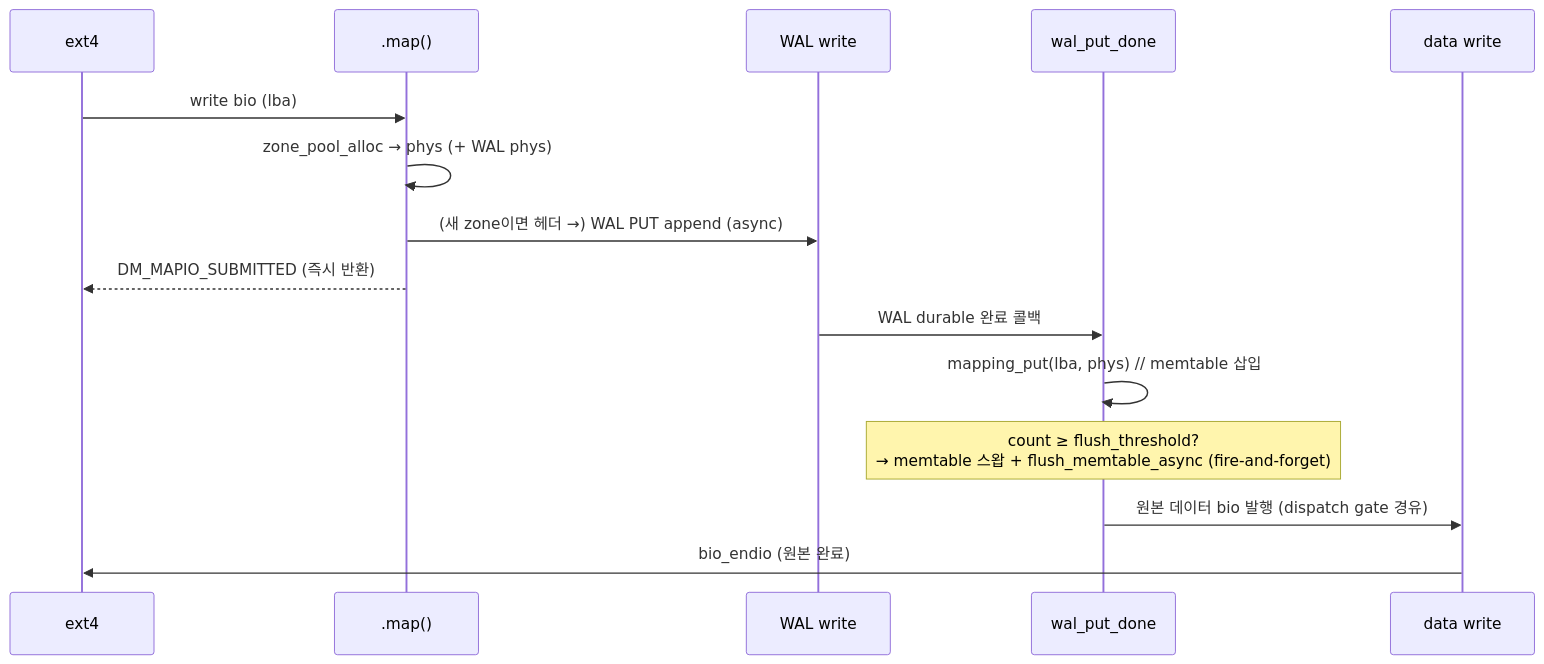
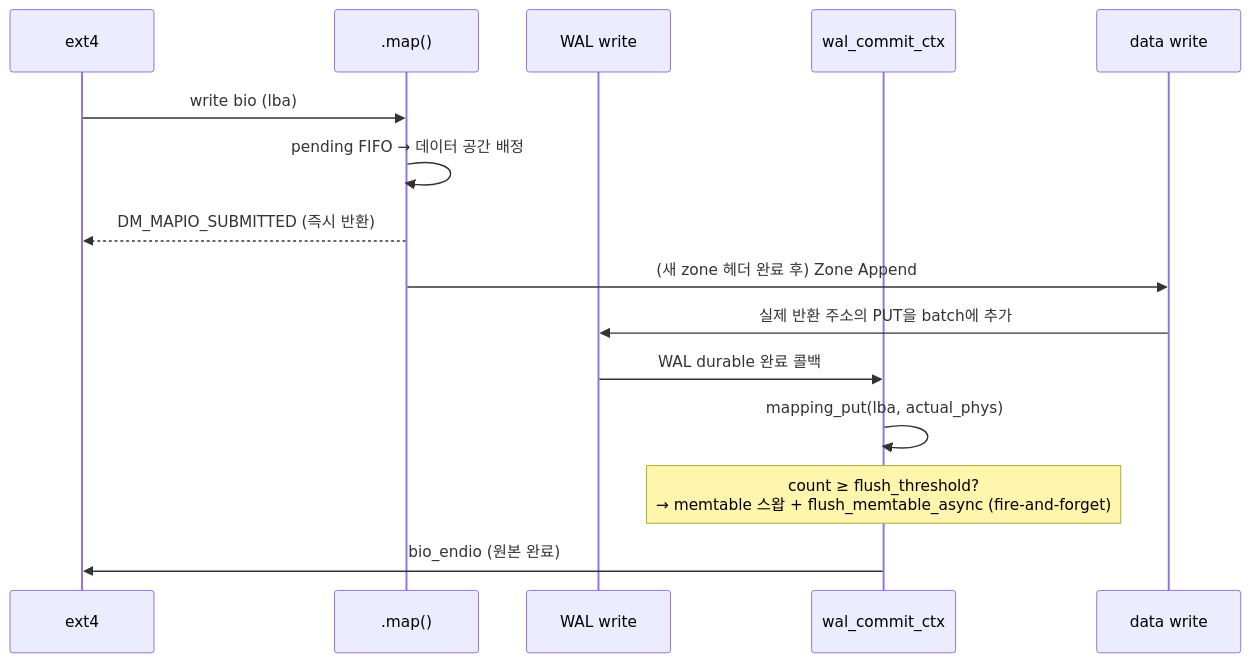
Before and after one commit to ZnsCapstone/dm-zns-base: the second of 3 diagrams in README.md, drawn with Mermaid. The commit also changed other lines of this file, not shown here.

````diff
--- a/README.md
+++ b/README.md
@@ -171,17 +208,17 @@
 ```mermaid
 sequenceDiagram
     participant FS as ext4
     participant MAP as .map()
     participant WAL as WAL write
-    participant CB as wal_put_done
+    participant CB as wal_commit_ctx
     participant DATA as data write
     FS->>MAP: write bio (lba)
-    MAP->>MAP: zone_pool_alloc → phys (+ WAL phys)
-    MAP->>WAL: (새 zone이면 헤더 →) WAL PUT append (async)
+    MAP->>MAP: pending FIFO → 데이터 공간 배정
     MAP-->>FS: DM_MAPIO_SUBMITTED (즉시 반환)
+    MAP->>DATA: (새 zone 헤더 완료 후) Zone Append
+    DATA->>WAL: 실제 반환 주소의 PUT을 batch에 추가
     WAL->>CB: WAL durable 완료 콜백
-    CB->>CB: mapping_put(lba, phys)  // memtable 삽입
+    CB->>CB: mapping_put(lba, actual_phys)
     Note over CB: count ≥ flush_threshold?<br/>→ memtable 스왑 + flush_memtable_async (fire-and-forget)
-    CB->>DATA: 원본 데이터 bio 발행 (dispatch gate 경유)
-    DATA->>FS: bio_endio (원본 완료)
+    CB->>FS: bio_endio (원본 완료)
 ```
````
